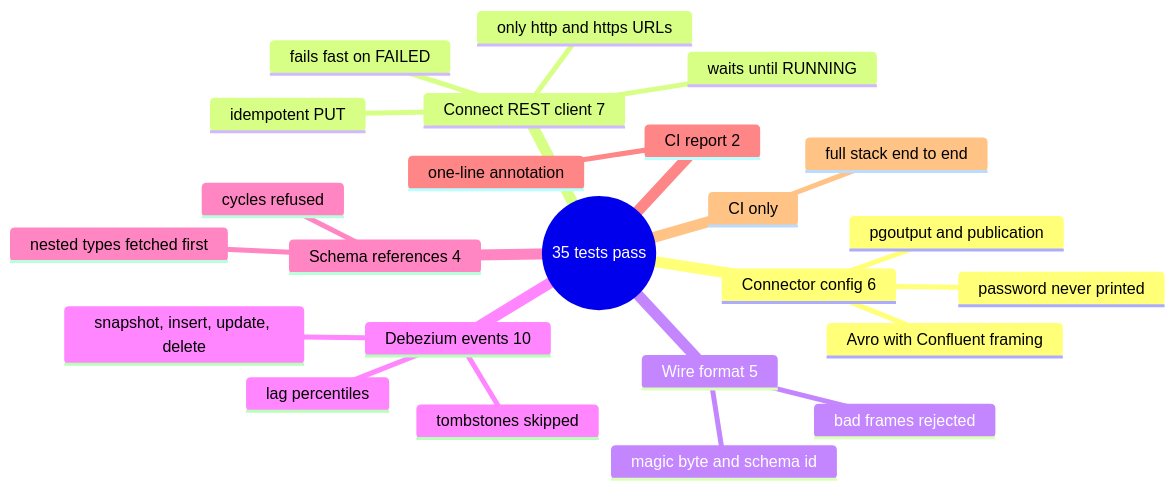
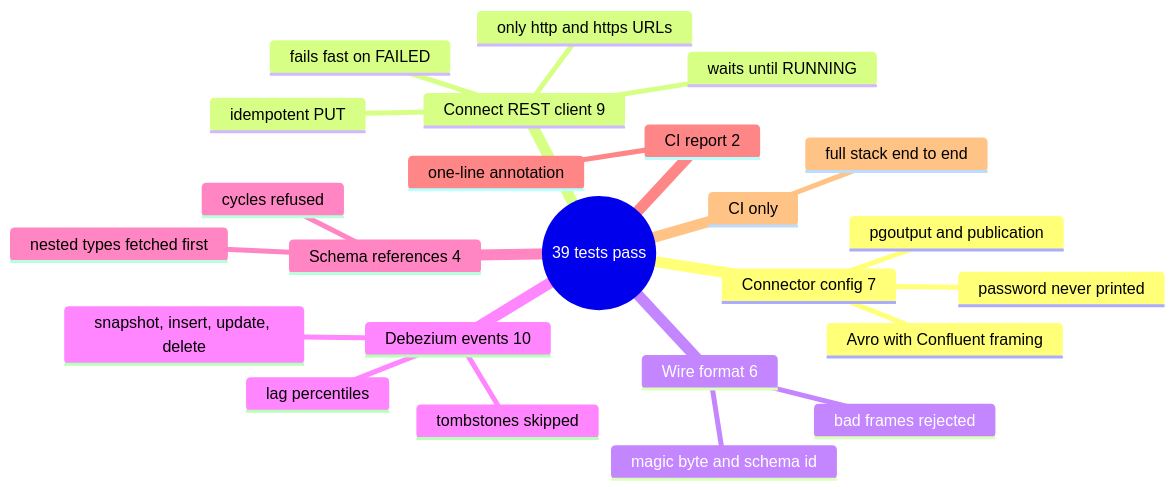
One commit to EquinoxWN/cdc-lakehouse changed the second of 2 diagrams in README.md. Above: the diagram before and after it, drawn with Mermaid. The commit also changed other lines of this file and 4 other files, not shown here.

````diff
--- a/README.md
+++ b/README.md
@@ -107,27 +109,27 @@
 ```mermaid
 mindmap
-  root((35 tests pass))
-    Connector config 6
+  root((39 tests pass))
+    Connector config 7
       pgoutput and publication
       Avro with Confluent framing
       password never printed
-    Connect REST client 7
+    Connect REST client 9
       idempotent PUT
       waits until RUNNING
       fails fast on FAILED
       only http and https URLs
-    Wire format 5
+    Wire format 6
       magic byte and schema id
       bad frames rejected
     Debezium events 10
       snapshot, insert, update, delete
       tombstones skipped
       lag percentiles
     Schema references 4
       nested types fetched first
       cycles refused
     CI report 2
       one-line annotation
     CI only
       full stack end to end
 ```
````
